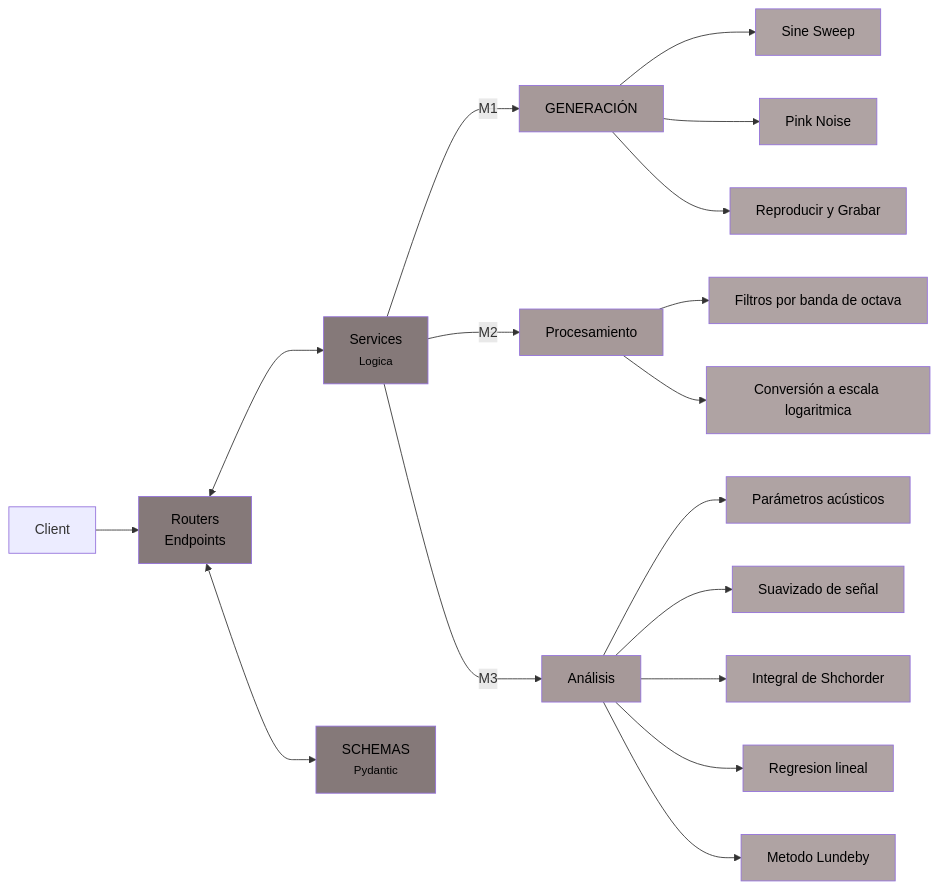
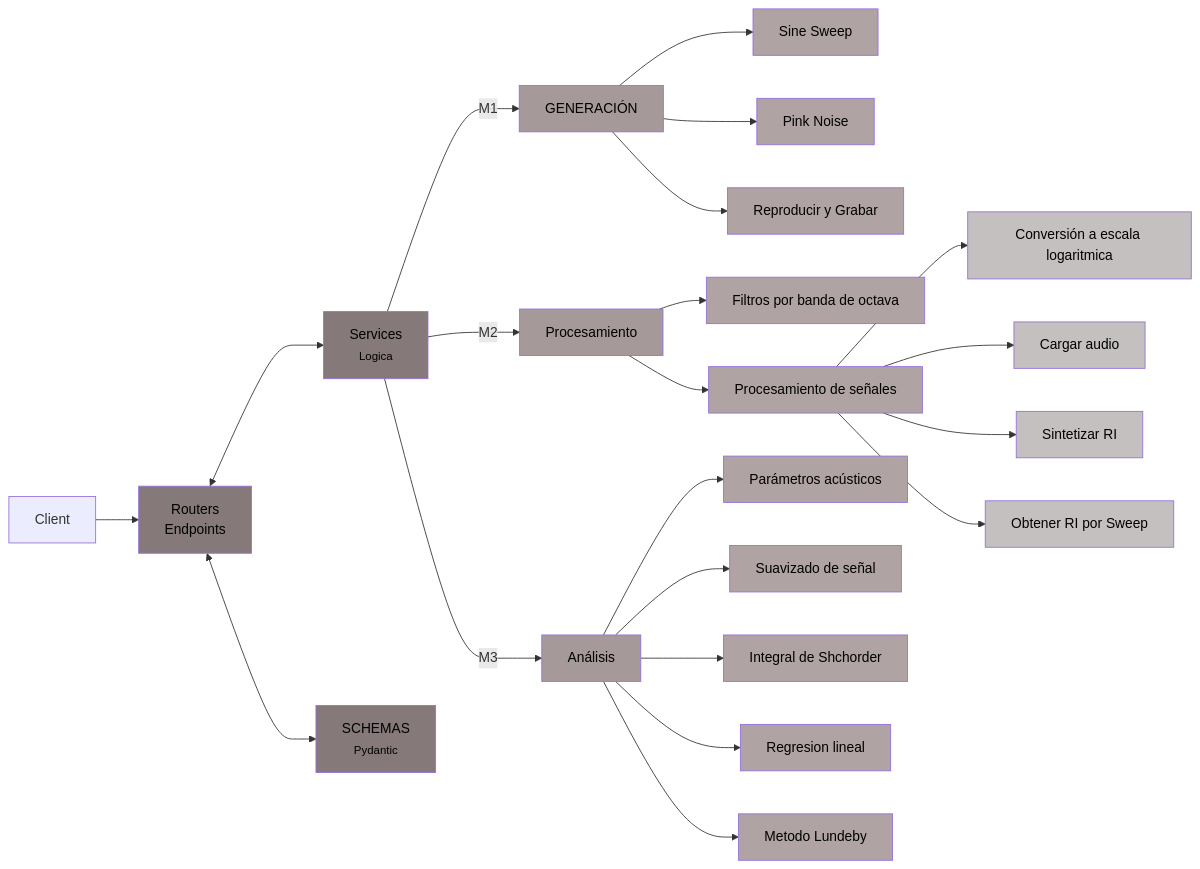
One commit to fedee01/trabajo-practico-ss changed the diagram in README.md. Above: the diagram before and after it, drawn with Mermaid. The commit also changed other lines of this file, not shown here.

````diff
--- a/README.md
+++ b/README.md
@@ -71,33 +71,38 @@
 ```mermaid
 flowchart LR
  subgraph s1["Untitled subgraph"]
         S["Services<br><small>Logica</small>"]
   end
     Client["Client"] --> R["Routers<br>Endpoints"]
     R <--> S & Sch["SCHEMAS<br><small>Pydantic</small>"]
     S -- M1 --> Gen["GENERACIÓN"]
     Gen --> SS["Sine Sweep"] & PN["Pink Noise"] & Rec["Reproducir y Grabar"]
     S -- M2 --> Proc["Procesamiento"]
-    Proc --> F["Filtros por banda de octava"] & Conv["Conversión a escala logaritmica"]
+    Proc --> F["Filtros por banda de octava"] & PrS["Procesamiento de señales"]
+    PrS --> Conv["Conversión a escala logaritmica"] & CaAu["Cargar audio"] & SRI["Sintetizar RI"] & ORIS["Obtener RI por Sweep"]
     S -- M3 --> An["Análisis"]
     An --> Par["Parámetros acústicos"] & Sua["Suavizado de señal"] & InS["Integral de Shchorder"] & Reg["Regresion lineal"] & Mlun["Metodo Lundeby"]
 
     style S fill: #857979,color:#000000
     style R fill: #857979,color:#000000
     style Sch fill: #857979,color:#000000
     style Gen fill: #a69999,color:#000000
     style SS fill: #AFA3A3,color:#000000
     style PN fill: #AFA3A3,color:#000000
     style Rec fill: #AFA3A3,color:#000000
     style Proc fill: #a69999,color:#000000
     style F fill: #AFA3A3,color:#000000
-    style Conv fill: #AFA3A3,color:#000000
+    style PrS fill: #AFA3A3,color:#000000
+    style Conv fill: #c5c0c0,color:#000000
+    style CaAu fill: #c5c0c0,color:#000000
+    style SRI fill: #c5c0c0,color:#000000
+    style ORIS fill: #c5c0c0,color:#000000
     style An fill: #a69999,color:#000000
     style Par fill: #AFA3A3,color:#000000
     style Sua fill: #AFA3A3,color:#000000
     style InS fill: #AFA3A3,color:#000000
     style Reg fill: #AFA3A3,color:#000000
     style Mlun fill: #AFA3A3,color:#000000
     style s1 fill:transparent,stroke:transparent,color:transparent
 
 ```
````
